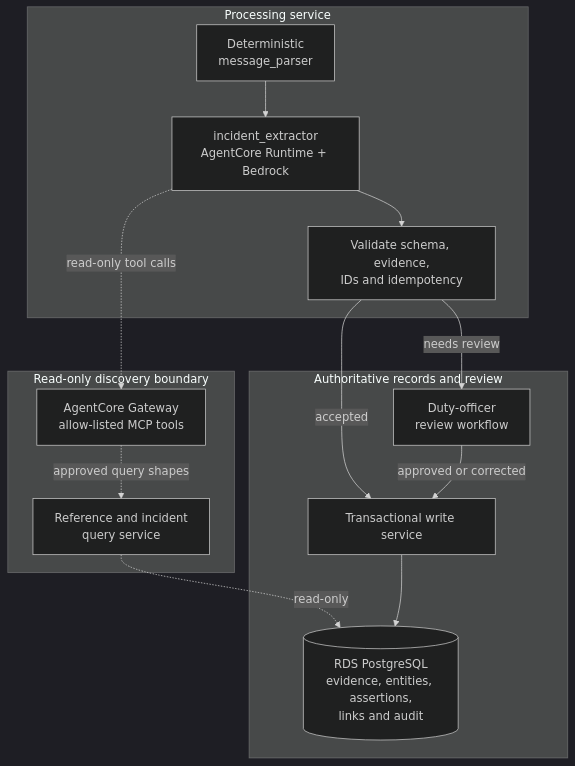
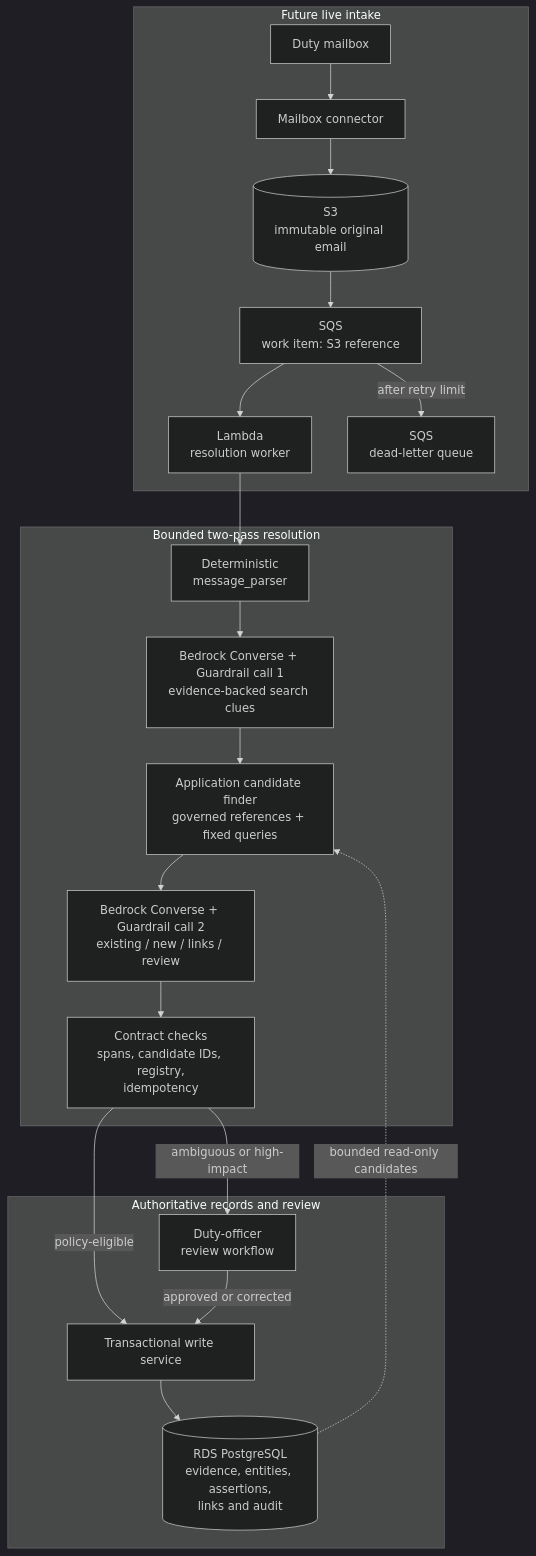
One commit to florinmarcus/red-mle-technical-exercise changed the second of 2 diagrams in DESIGN.md. Above: the diagram before and after it, drawn with Mermaid (dark theme). The commit also changed other lines of this file, not shown here.

````diff
--- a/DESIGN.md
+++ b/DESIGN.md
@@ -67,26 +34,30 @@
 ```mermaid
 flowchart TB
-    subgraph Processing["Processing service"]
-        Parser["Deterministic<br/>message_parser"] --> Extractor["incident_extractor<br/>AgentCore Runtime + Bedrock"]
-        Extractor --> Validator["Validate schema, evidence,<br/>IDs and idempotency"]
+    subgraph Intake["Future live intake"]
+        Mailbox["Duty mailbox"] --> Capture["Mailbox connector"]
+        Capture --> Archive[("S3<br/>immutable original email")]
+        Archive --> Queue["SQS<br/>work item: S3 reference"]
+        Queue --> Worker["Lambda<br/>resolution worker"]
+        Queue -->|"after retry limit"| Dlq["SQS<br/>dead-letter queue"]
     end
 
-    subgraph Discovery["Read-only discovery boundary"]
-        Gateway["AgentCore Gateway<br/>allow-listed MCP tools"]
-        Query["Reference and incident<br/>query service"]
+    subgraph Processing["Bounded two-pass resolution"]
+        Worker --> Parser["Deterministic<br/>message_parser"]
+        Parser --> Clues["Bedrock Converse + Guardrail call 1<br/>evidence-backed search clues"]
+        Clues --> Candidates["Application candidate finder<br/>governed references + fixed queries"]
+        Candidates --> Match["Bedrock Converse + Guardrail call 2<br/>existing / new / links / review"]
+        Match --> Validator["Contract checks<br/>spans, candidate IDs, registry,<br/>idempotency"]
     end
 
     subgraph Authority["Authoritative records and review"]
         Writer["Transactional write service"]
         Database[("RDS PostgreSQL<br/>evidence, entities, assertions,<br/>links and audit")]
         Review["Duty-officer<br/>review workflow"]
     end
 
-    Extractor -. "read-only tool calls" .-> Gateway
-    Gateway -. "approved query shapes" .-> Query
-    Query -. "read-only" .-> Database
-    Validator -->|"accepted"| Writer
-    Validator -->|"needs review"| Review
+    Database -. "bounded read-only candidates" .-> Candidates
+    Validator -->|"policy-eligible"| Writer
+    Validator -->|"ambiguous or high-impact"| Review
     Review -->|"approved or corrected"| Writer
     Writer --> Database
 ```
````
